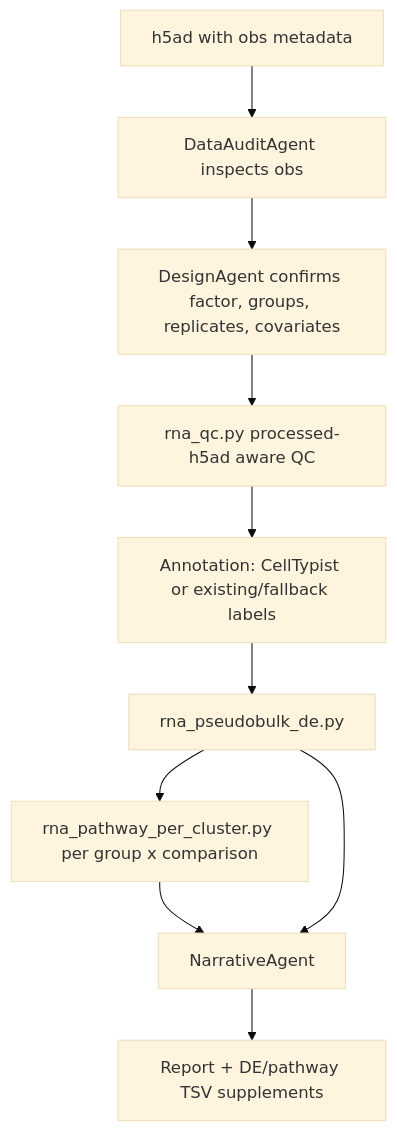
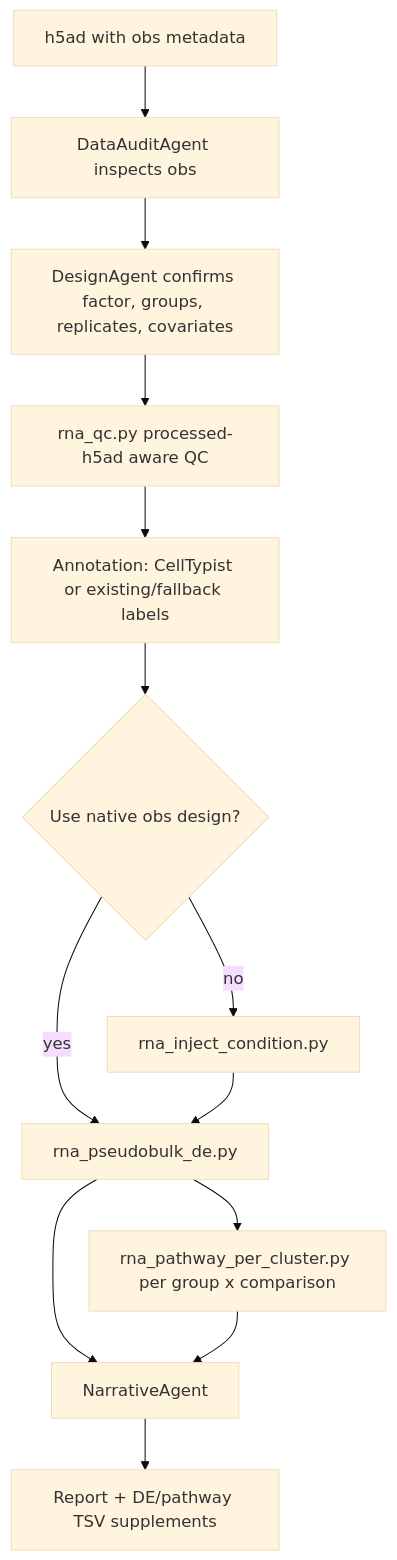
The diagram in docs/workflows/pseudobulk_scrna.md (Olascoaga/aria-omics), drawn with Mermaid (base theme) before and after one commit. The commit also changed other lines of this file and 8 other files, not shown here.

Commit message:
Align documentation diagrams with agent flow

````diff
--- a/docs/workflows/pseudobulk_scrna.md
+++ b/docs/workflows/pseudobulk_scrna.md
@@ -25,12 +25,15 @@
 ```mermaid
 flowchart TD
     H[h5ad with obs metadata] --> AUDIT[DataAuditAgent inspects obs]
     AUDIT --> DESIGN[DesignAgent confirms factor, groups, replicates, covariates]
     DESIGN --> QC[rna_qc.py processed-h5ad aware QC]
     QC --> ANNO[Annotation: CellTypist or existing/fallback labels]
-    ANNO --> PB[rna_pseudobulk_de.py]
+    ANNO --> OBS{Use native obs design?}
+    OBS -->|yes| PB[rna_pseudobulk_de.py]
+    OBS -->|no| INJ[rna_inject_condition.py]
+    INJ --> PB
     PB --> ORA[rna_pathway_per_cluster.py per group x comparison]
-    ORA --> N[NarrativeAgent]
-    PB --> N
+    PB --> N[NarrativeAgent]
+    ORA --> N
     N --> R[Report + DE/pathway TSV supplements]
 ```
````
